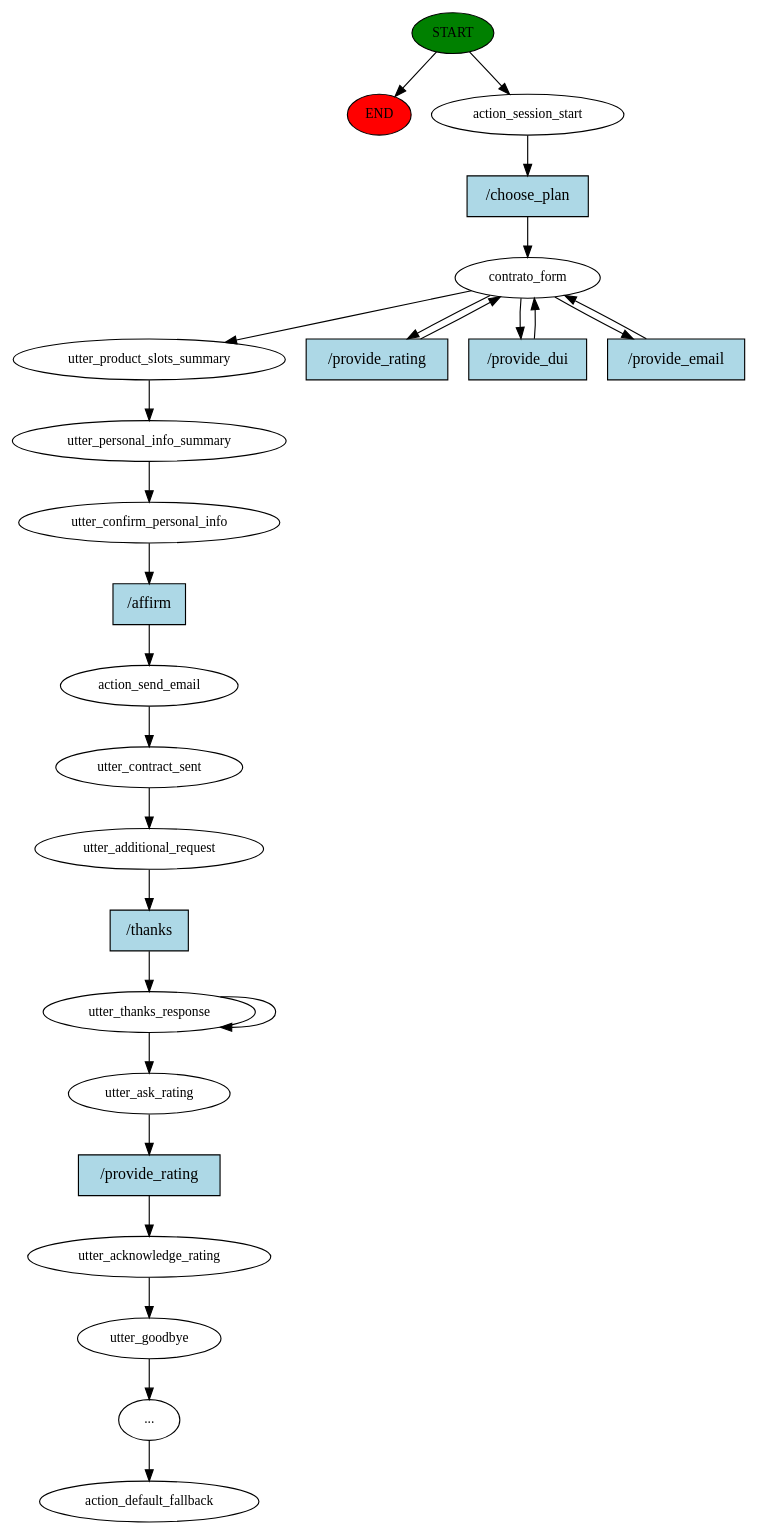
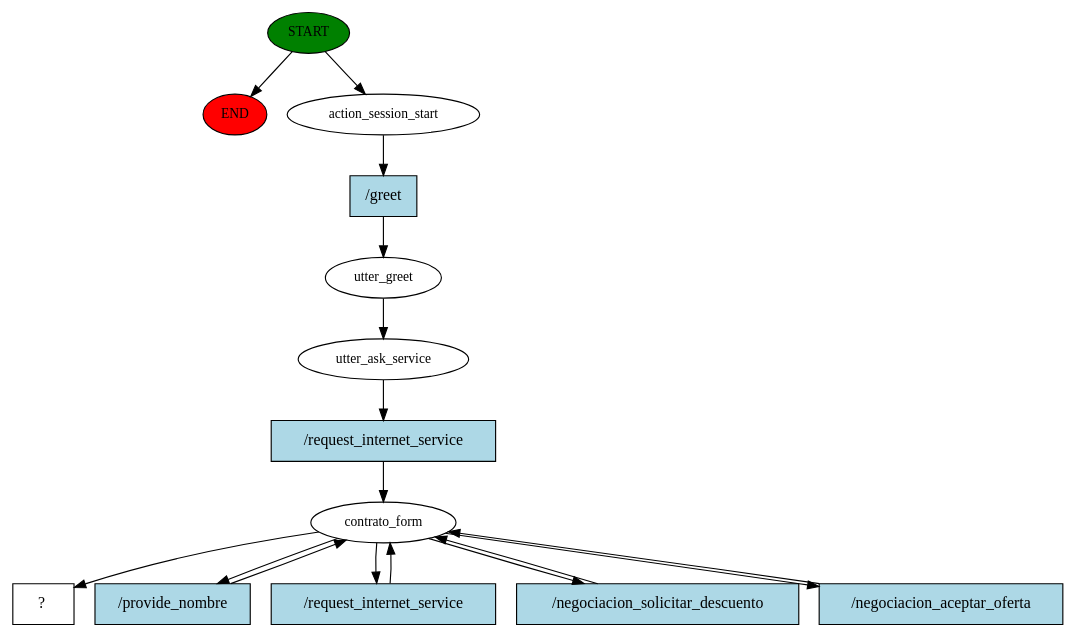
Before and after one commit to UES-EISI-ICC115-2025/caso-servicio-cliente: the diagram in story_graph.dot, drawn with Graphviz. The commit also changed 15 other files, not shown here.

```diff
--- a/story_graph.dot
+++ b/story_graph.dot
@@ -1,51 +1,31 @@
 digraph  {
 0 [class="start active", fillcolor=green, fontsize=12, label=START, style=filled];
 "-1" [class=end, fillcolor=red, fontsize=12, label=END, style=filled];
 1 [class=active, fontsize=12, label=action_session_start];
-2 [class=active, fontsize=12, label=contrato_form];
-8 [class=active, fontsize=12, label=utter_product_slots_summary];
-9 [class=active, fontsize=12, label=utter_personal_info_summary];
-10 [class=active, fontsize=12, label=utter_confirm_personal_info];
-11 [class=active, fontsize=12, label=action_send_email];
-12 [class=active, fontsize=12, label=utter_contract_sent];
-13 [class=active, fontsize=12, label=utter_additional_request];
-14 [class=active, fontsize=12, label=utter_thanks_response];
-16 [class=active, fontsize=12, label=utter_ask_rating];
-17 [class=active, fontsize=12, label=utter_acknowledge_rating];
-18 [class=active, fontsize=12, label=utter_goodbye];
-19 [class=active, fontsize=12, label="..."];
-20 [class="dashed active", fontsize=12, label=action_default_fallback];
-21 [class="intent active", fillcolor=lightblue, label="/choose_plan", shape=rect, style=filled];
-22 [class="intent active", fillcolor=lightblue, label="/provide_rating", shape=rect, style=filled];
-23 [class="intent active", fillcolor=lightblue, label="/provide_dui", shape=rect, style=filled];
-24 [class="intent active", fillcolor=lightblue, label="/provide_email", shape=rect, style=filled];
-25 [class="intent active", fillcolor=lightblue, label="/affirm", shape=rect, style=filled];
-26 [class="intent active", fillcolor=lightblue, label="/thanks", shape=rect, style=filled];
-27 [class="intent active", fillcolor=lightblue, label="/provide_rating", shape=rect, style=filled];
+2 [class=active, fontsize=12, label=utter_greet];
+3 [class=active, fontsize=12, label=utter_ask_service];
+4 [class=active, fontsize=12, label=contrato_form];
+10 [class="intent dashed active", label="  ?  ", shape=rect];
+11 [class="intent active", fillcolor=lightblue, label="/greet", shape=rect, style=filled];
+12 [class="intent active", fillcolor=lightblue, label="/request_internet_service", shape=rect, style=filled];
+13 [class="intent active", fillcolor=lightblue, label="/provide_nombre", shape=rect, style=filled];
+14 [class="intent active", fillcolor=lightblue, label="/request_internet_service", shape=rect, style=filled];
+15 [class="intent active", fillcolor=lightblue, label="/negociacion_solicitar_descuento", shape=rect, style=filled];
+16 [class="intent active", fillcolor=lightblue, label="/negociacion_aceptar_oferta", shape=rect, style=filled];
 0 -> "-1"  [class="", key=NONE, label=""];
 0 -> 1  [class=active, key=NONE, label=""];
-1 -> 21  [class=active, key=0];
-2 -> 8  [class=active, key=NONE, label=""];
-2 -> 22  [class=active, key=0];
-2 -> 23  [class=active, key=0];
-2 -> 24  [class=active, key=0];
-8 -> 9  [class=active, key=NONE, label=""];
-9 -> 10  [class=active, key=NONE, label=""];
-10 -> 25  [class=active, key=0];
-11 -> 12  [class=active, key=NONE, label=""];
-12 -> 13  [class=active, key=NONE, label=""];
-13 -> 26  [class=active, key=0];
-14 -> 16  [class=active, key=NONE, label=""];
-14 -> 14  [class=active, key=NONE, label=""];
-16 -> 27  [class=active, key=0];
-17 -> 18  [class=active, key=NONE, label=""];
-18 -> 19  [class=active, key=NONE, label=""];
-19 -> 20  [class=active, key=NONE, label=""];
-21 -> 2  [class=active, key=0];
-22 -> 2  [class=active, key=0];
-23 -> 2  [class=active, key=0];
-24 -> 2  [class=active, key=0];
-25 -> 11  [class=active, key=0];
-26 -> 14  [class=active, key=0];
-27 -> 17  [class=active, key=0];
+1 -> 11  [class=active, key=0];
+2 -> 3  [class=active, key=NONE, label=""];
+3 -> 12  [class=active, key=0];
+4 -> 10  [class=active, key=NONE, label=""];
+4 -> 13  [class=active, key=0];
+4 -> 14  [class=active, key=0];
+4 -> 15  [class=active, key=0];
+4 -> 16  [class=active, key=0];
+11 -> 2  [class=active, key=0];
+12 -> 4  [class=active, key=0];
+13 -> 4  [class=active, key=0];
+14 -> 4  [class=active, key=0];
+15 -> 4  [class=active, key=0];
+16 -> 4  [class=active, key=0];
 }
```
